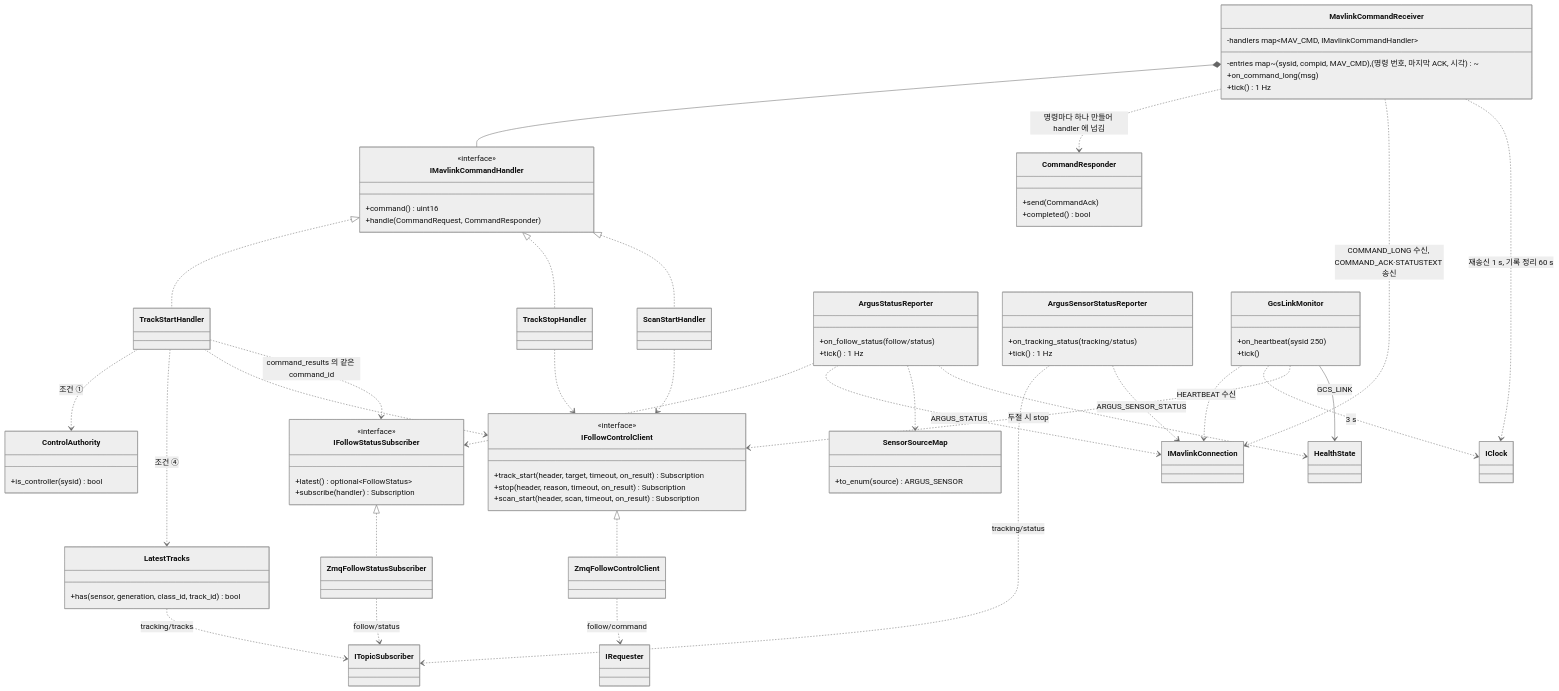
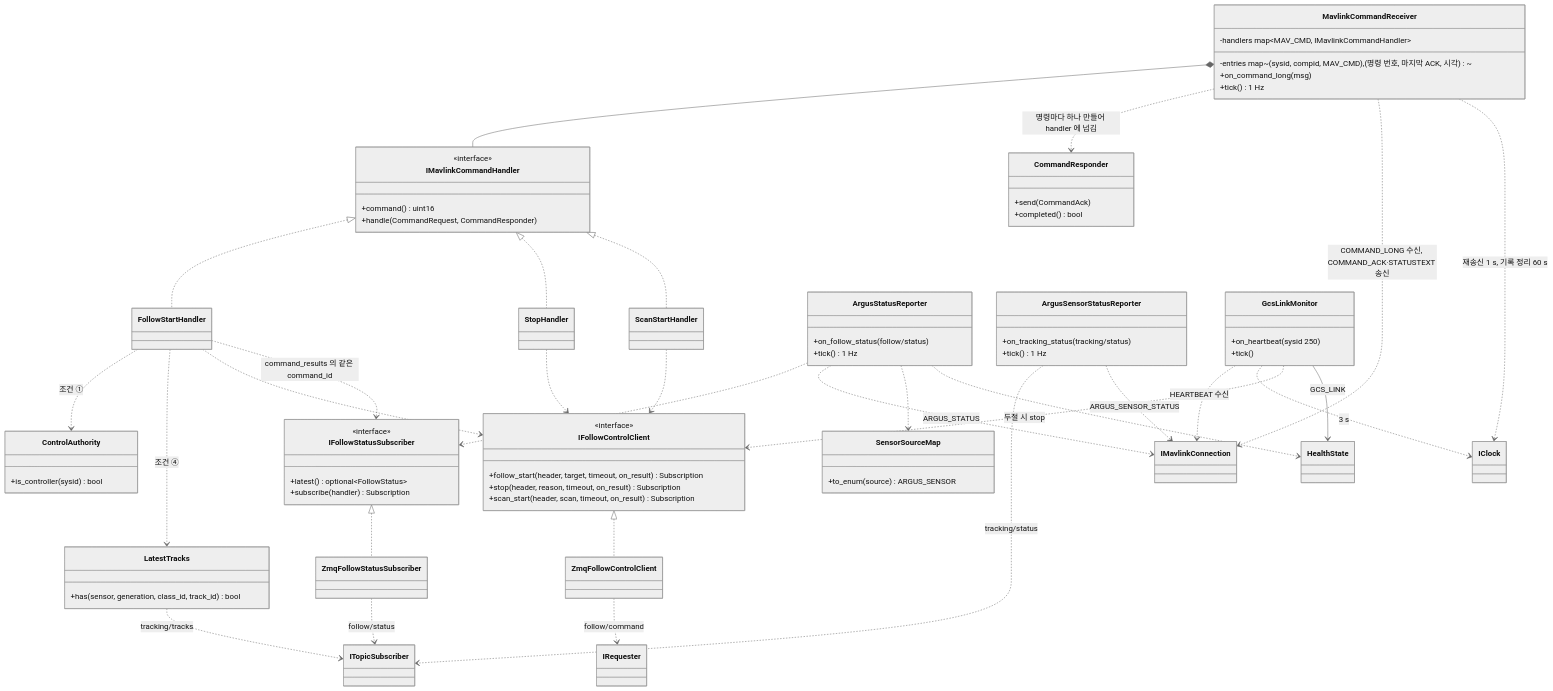
One commit to lig-argus/argus-edge-vision changed the third of 3 diagrams in docs/design/uml/class_onboard.md. Above: the diagram before and after it, drawn with Mermaid (neutral theme). The commit also changed other lines of this file and 17 other files, not shown here.

```diff
--- a/docs/design/uml/class_onboard.md
+++ b/docs/design/uml/class_onboard.md
@@ -213,8 +213,8 @@
         +on_command_long(msg)
         +tick() 1 Hz
     }
-    class TrackStartHandler
-    class TrackStopHandler
+    class FollowStartHandler
+    class StopHandler
     class ScanStartHandler
     class ControlAuthority {
         +is_controller(sysid) bool
@@ -224,7 +224,7 @@
     }
     class IFollowControlClient {
         <<interface>>
-        +track_start(header, target, timeout, on_result) Subscription
+        +follow_start(header, target, timeout, on_result) Subscription
         +stop(header, reason, timeout, on_result) Subscription
         +scan_start(header, scan, timeout, on_result) Subscription
     }
@@ -251,19 +251,19 @@
         +tick()
     }
 
-    IMavlinkCommandHandler <|.. TrackStartHandler
-    IMavlinkCommandHandler <|.. TrackStopHandler
+    IMavlinkCommandHandler <|.. FollowStartHandler
+    IMavlinkCommandHandler <|.. StopHandler
     IMavlinkCommandHandler <|.. ScanStartHandler
     MavlinkCommandReceiver *-- IMavlinkCommandHandler
     MavlinkCommandReceiver ..> CommandResponder : 명령마다 하나 만들어 handler 에 넘김
     MavlinkCommandReceiver ..> IMavlinkConnection : COMMAND_LONG 수신, COMMAND_ACK·STATUSTEXT 송신
     MavlinkCommandReceiver ..> IClock : 재송신 1 s, 기록 정리 60 s
-    TrackStartHandler ..> ControlAuthority : 조건 ①
-    TrackStartHandler ..> LatestTracks : 조건 ④
-    TrackStartHandler ..> IFollowControlClient
-    TrackStopHandler ..> IFollowControlClient
+    FollowStartHandler ..> ControlAuthority : 조건 ①
+    FollowStartHandler ..> LatestTracks : 조건 ④
+    FollowStartHandler ..> IFollowControlClient
+    StopHandler ..> IFollowControlClient
     ScanStartHandler ..> IFollowControlClient
-    TrackStartHandler ..> IFollowStatusSubscriber : command_results 의 같은 command_id
+    FollowStartHandler ..> IFollowStatusSubscriber : command_results 의 같은 command_id
     IFollowControlClient <|.. ZmqFollowControlClient
     ZmqFollowControlClient ..> IRequester : follow/command
     IFollowStatusSubscriber <|.. ZmqFollowStatusSubscriber
```
